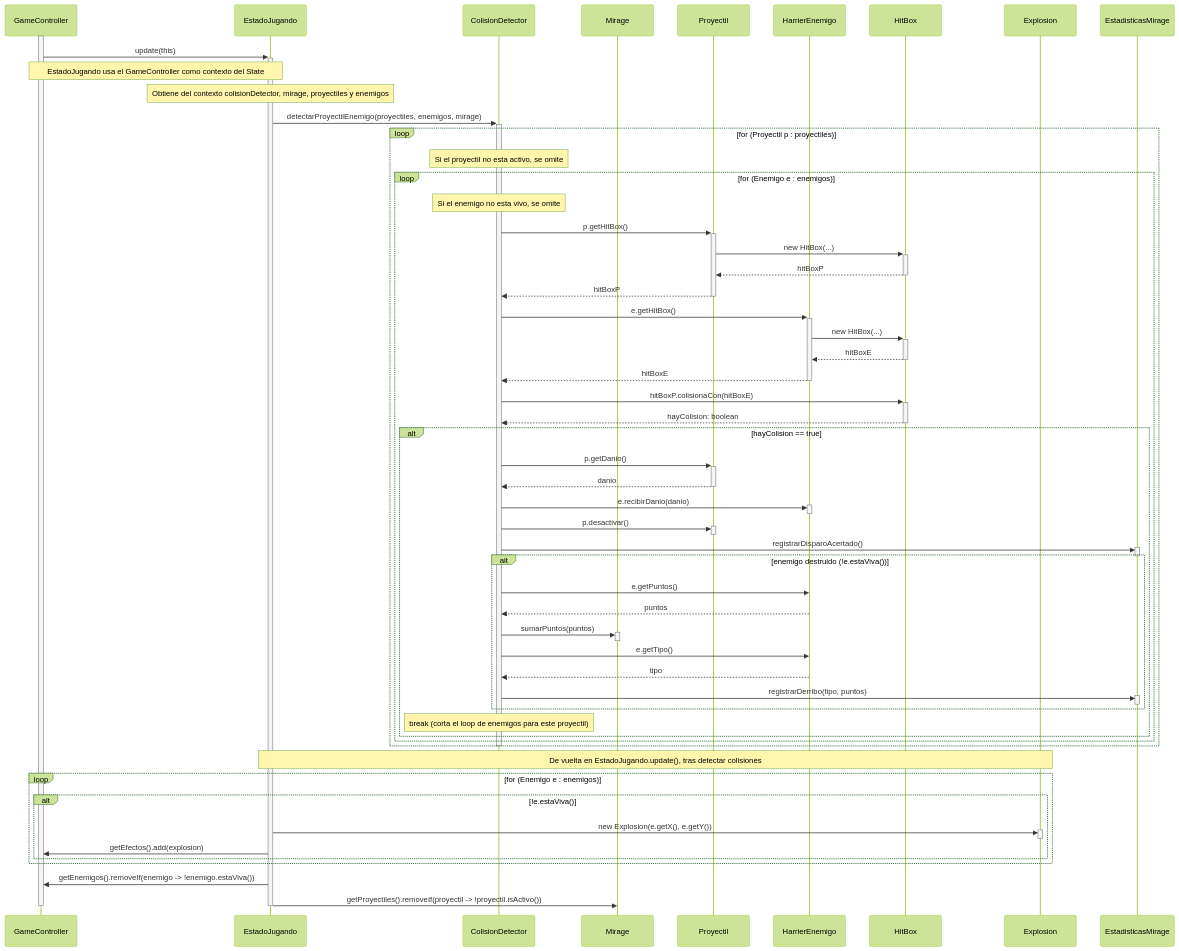
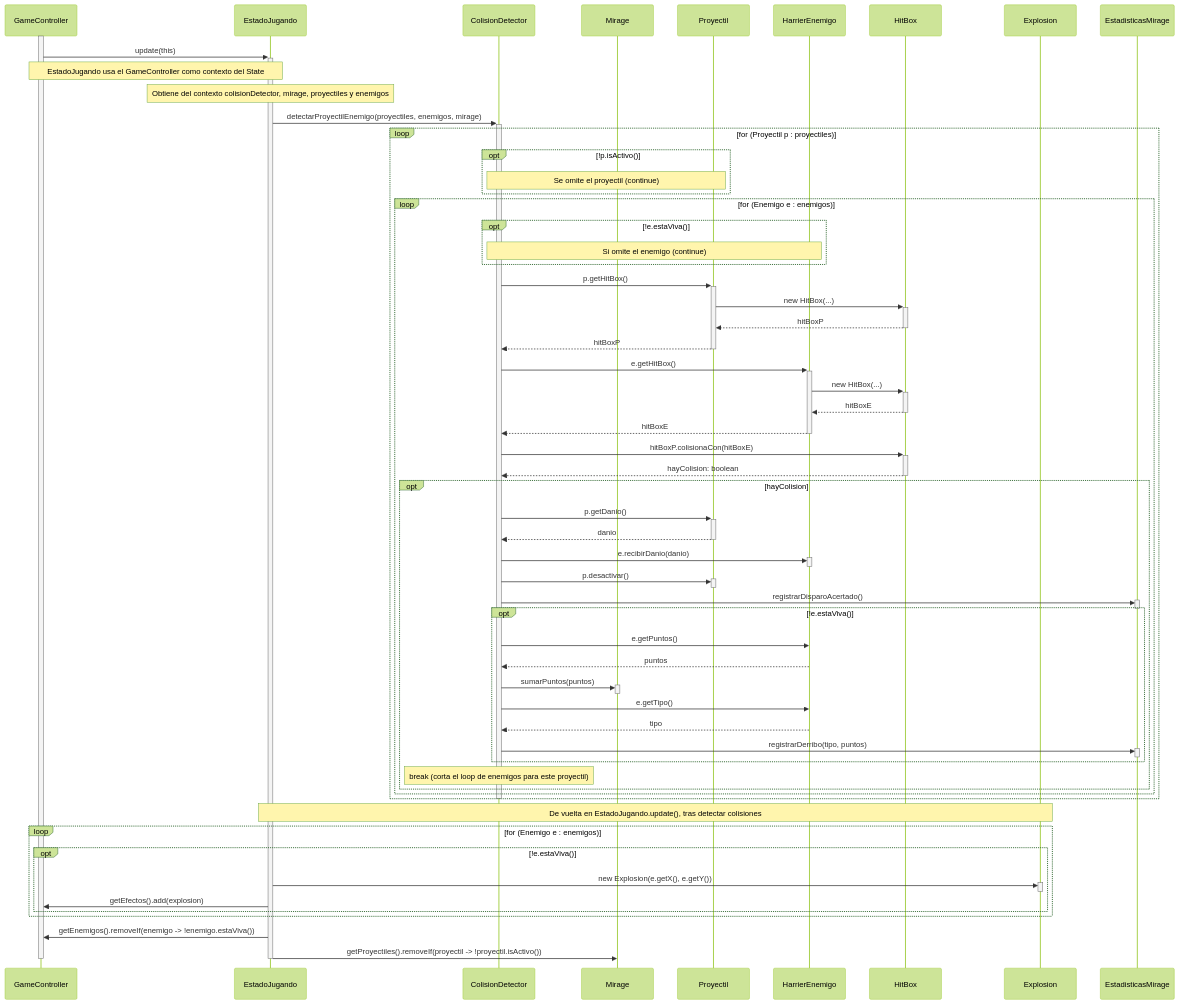
The fifth of 9 diagrams in docs/v1/analisis/casos-de-uso.md (Christian-Rojas-Rodriguez/juego-1982), drawn with Mermaid (forest theme) before and after one commit. The commit also changed other lines of this file, not shown here.

Commit message:
docs: modificar diagramas de secuencia

````diff
--- a/docs/v1/analisis/casos-de-uso.md
+++ b/docs/v1/analisis/casos-de-uso.md
@@ -197,70 +210,74 @@
 ```mermaid
 sequenceDiagram
     participant GameController
     participant EstadoJugando
     participant ColisionDetector
     participant Mirage
     participant Proyectil
     participant HarrierEnemigo
     participant HitBox
     participant Explosion
     participant EstadisticasMirage
 
     activate GameController
     GameController->>+EstadoJugando: update(this)
     Note over EstadoJugando,GameController: EstadoJugando usa el GameController como contexto del State
     Note over EstadoJugando: Obtiene del contexto colisionDetector, mirage, proyectiles y enemigos
 
     EstadoJugando->>+ColisionDetector: detectarProyectilEnemigo(proyectiles, enemigos, mirage)
     loop for (Proyectil p : proyectiles)
-        Note over ColisionDetector: Si el proyectil no esta activo, se omite
-        loop for (Enemigo e : enemigos)
-            Note over ColisionDetector: Si el enemigo no esta vivo, se omite
+        opt !p.isActivo()    
+            Note over ColisionDetector, Proyectil: Se omite el proyectil (continue)
+        end
+        loop for (Enemigo e : enemigos) 
+            opt !e.estaViva()
+                Note over ColisionDetector, HarrierEnemigo: Si omite el enemigo (continue)
+            end
             ColisionDetector->>+Proyectil: p.getHitBox()
             Proyectil->>+HitBox: new HitBox(...)
             HitBox-->>-Proyectil: hitBoxP
             Proyectil-->>-ColisionDetector: hitBoxP
             ColisionDetector->>+HarrierEnemigo: e.getHitBox()
             HarrierEnemigo->>+HitBox: new HitBox(...)
             HitBox-->>-HarrierEnemigo: hitBoxE
             HarrierEnemigo-->>-ColisionDetector: hitBoxE
             ColisionDetector->>+HitBox: hitBoxP.colisionaCon(hitBoxE)
             HitBox-->>-ColisionDetector: hayColision: boolean
-            alt hayColision == true
+            opt hayColision
                 ColisionDetector->>+Proyectil: p.getDanio()
                 Proyectil-->>-ColisionDetector: danio
                 ColisionDetector->>+HarrierEnemigo: e.recibirDanio(danio)
                 deactivate HarrierEnemigo
                 ColisionDetector->>+Proyectil: p.desactivar()
                 deactivate Proyectil
                 ColisionDetector->>+EstadisticasMirage: registrarDisparoAcertado()
                 deactivate EstadisticasMirage
-                alt enemigo destruido (!e.estaViva())
+                opt !e.estaViva()
                     ColisionDetector->>HarrierEnemigo: e.getPuntos()
                     HarrierEnemigo-->>ColisionDetector: puntos
                     ColisionDetector->>+Mirage: sumarPuntos(puntos)
                     deactivate Mirage
                     ColisionDetector->>HarrierEnemigo: e.getTipo()
                     HarrierEnemigo-->>ColisionDetector: tipo
                     ColisionDetector->>+EstadisticasMirage: registrarDerribo(tipo, puntos)
                     deactivate EstadisticasMirage
                 end
                 Note over ColisionDetector: break (corta el loop de enemigos para este proyectil)
             end
         end
     end
     deactivate ColisionDetector
 
     Note over EstadoJugando,Explosion: De vuelta en EstadoJugando.update(), tras detectar colisiones
     loop for (Enemigo e : enemigos)
-        alt !e.estaViva()
+        opt !e.estaViva()
             EstadoJugando->>+Explosion: new Explosion(e.getX(), e.getY())
             deactivate Explosion
             EstadoJugando->>GameController: getEfectos().add(explosion)
         end
     end
     EstadoJugando->>GameController: getEnemigos().removeIf(enemigo -> !enemigo.estaViva())
     EstadoJugando->>Mirage: getProyectiles().removeIf(proyectil -> !proyectil.isActivo())
     deactivate EstadoJugando
     deactivate GameController
 ```
````
